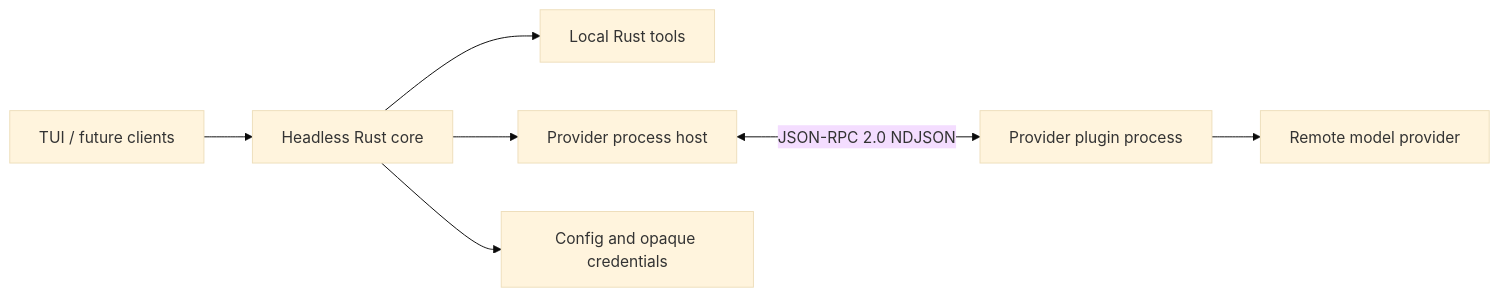
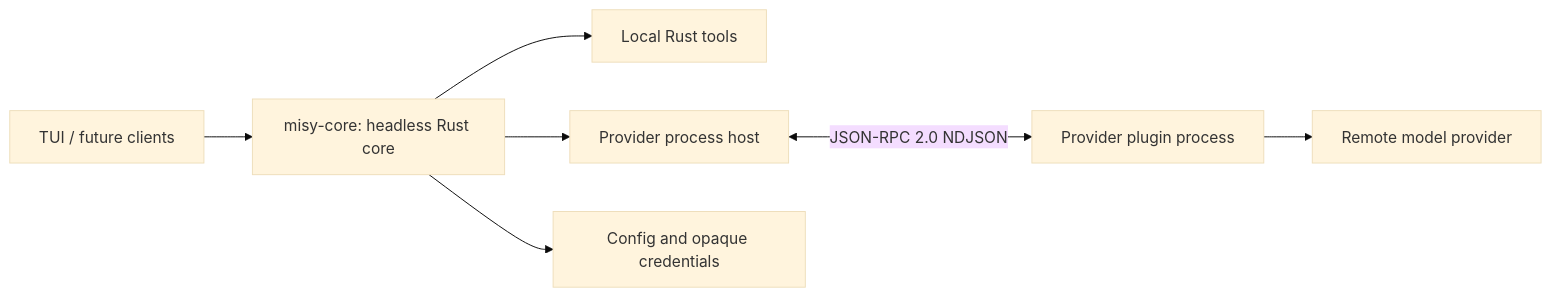
Before and after one commit to unger1984/misy: the diagram in docs/architecture.md, drawn with Mermaid (base theme). The commit also changed other lines of this file and 133 other files, not shown here.

Commit message:
refactor: split core and tui into tokio workspace

````diff
--- a/docs/architecture.md
+++ b/docs/architecture.md
@@ -18,9 +18,9 @@
 ```mermaid
 flowchart LR
-    Client[TUI / future clients] --> Core[Headless Rust core]
+    Client[TUI / future clients] --> Core[misy-core: headless Rust core]
     Core --> Tools[Local Rust tools]
     Core --> Host[Provider process host]
     Host <-->|JSON-RPC 2.0 NDJSON| Plugin[Provider plugin process]
     Plugin --> Remote[Remote model provider]
     Core --> Store[Config and opaque credentials]
 ```
````
